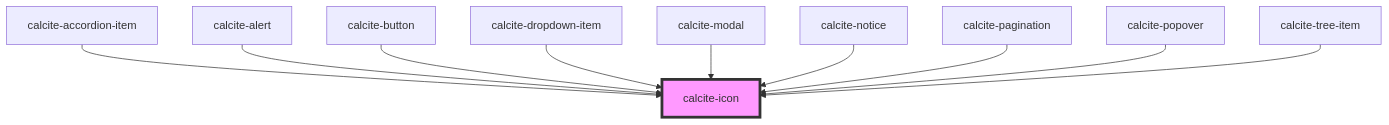
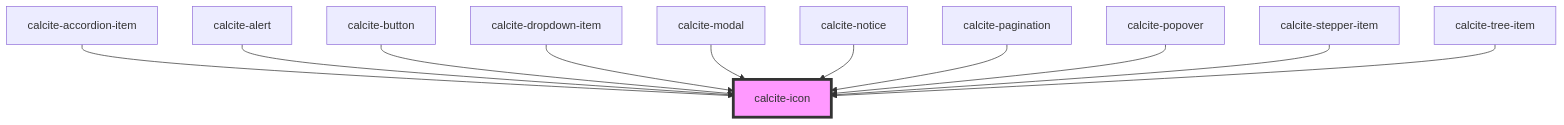
Before and after one commit to vikivakarvc/calcite-design-system: the diagram in src/components/calcite-icon/readme.md, drawn with Mermaid. The commit also changed other lines of this file and 12 other files, not shown here.

````diff
--- a/src/components/calcite-icon/readme.md
+++ b/src/components/calcite-icon/readme.md
@@ -46,13 +47,14 @@
 ```mermaid
 graph TD;
   calcite-accordion-item --> calcite-icon
   calcite-alert --> calcite-icon
   calcite-button --> calcite-icon
   calcite-dropdown-item --> calcite-icon
   calcite-modal --> calcite-icon
   calcite-notice --> calcite-icon
   calcite-pagination --> calcite-icon
   calcite-popover --> calcite-icon
+  calcite-stepper-item --> calcite-icon
   calcite-tree-item --> calcite-icon
   style calcite-icon fill:#f9f,stroke:#333,stroke-width:4px
 ```
````
